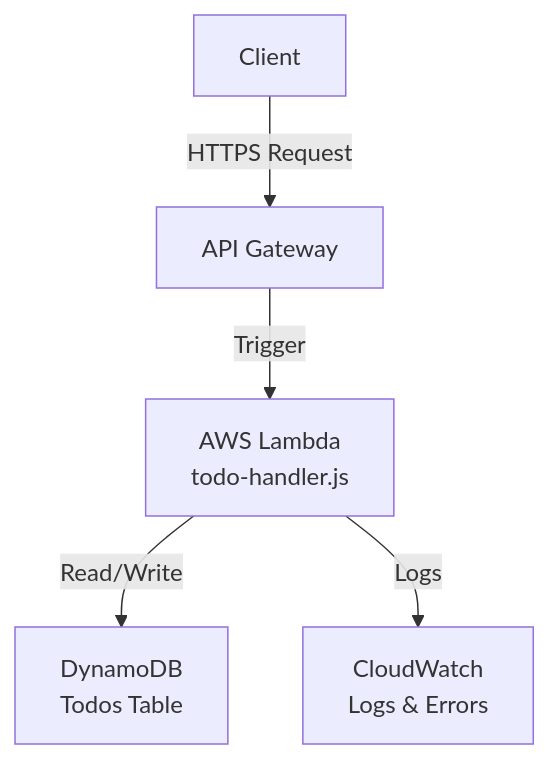
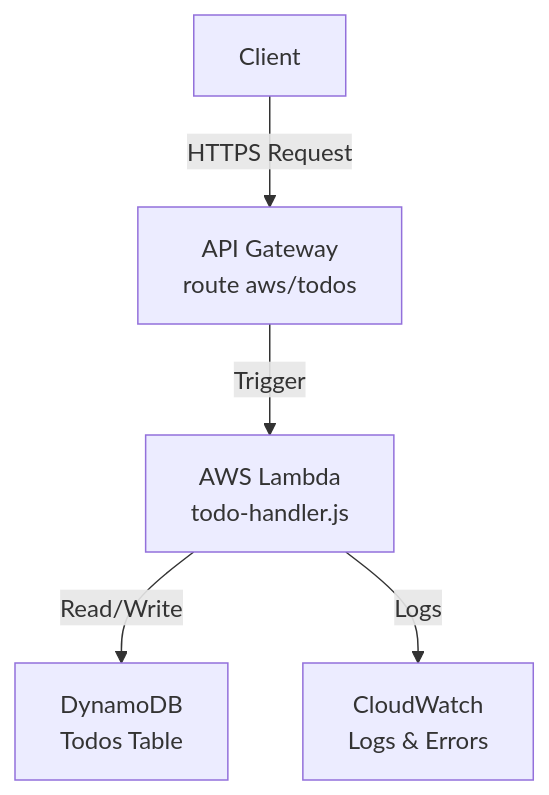
Before and after one commit to Gh0stbasta/solutions-architect-in-progress: the diagram in 05_projects/serverless_todo/README.md, drawn with Mermaid. The commit also changed other lines of this file and 1 other file, not shown here.

````diff
--- a/05_projects/serverless_todo/README.md
+++ b/05_projects/serverless_todo/README.md
@@ -12,13 +12,13 @@
 ```mermaid
 graph TB
   Client[Client]
-  APIGW[API Gateway]
+  APIGW[API Gateway <br> route aws/todos]
   Lambda[AWS Lambda<br>todo-handler.js]
   Dynamo[DynamoDB<br>Todos Table]
   Logs[CloudWatch<br>Logs & Errors]
 
   Client -->|HTTPS Request| APIGW
   APIGW -->|Trigger| Lambda
   Lambda -->|Read/Write| Dynamo
   Lambda -->|Logs| Logs
 ```
````
